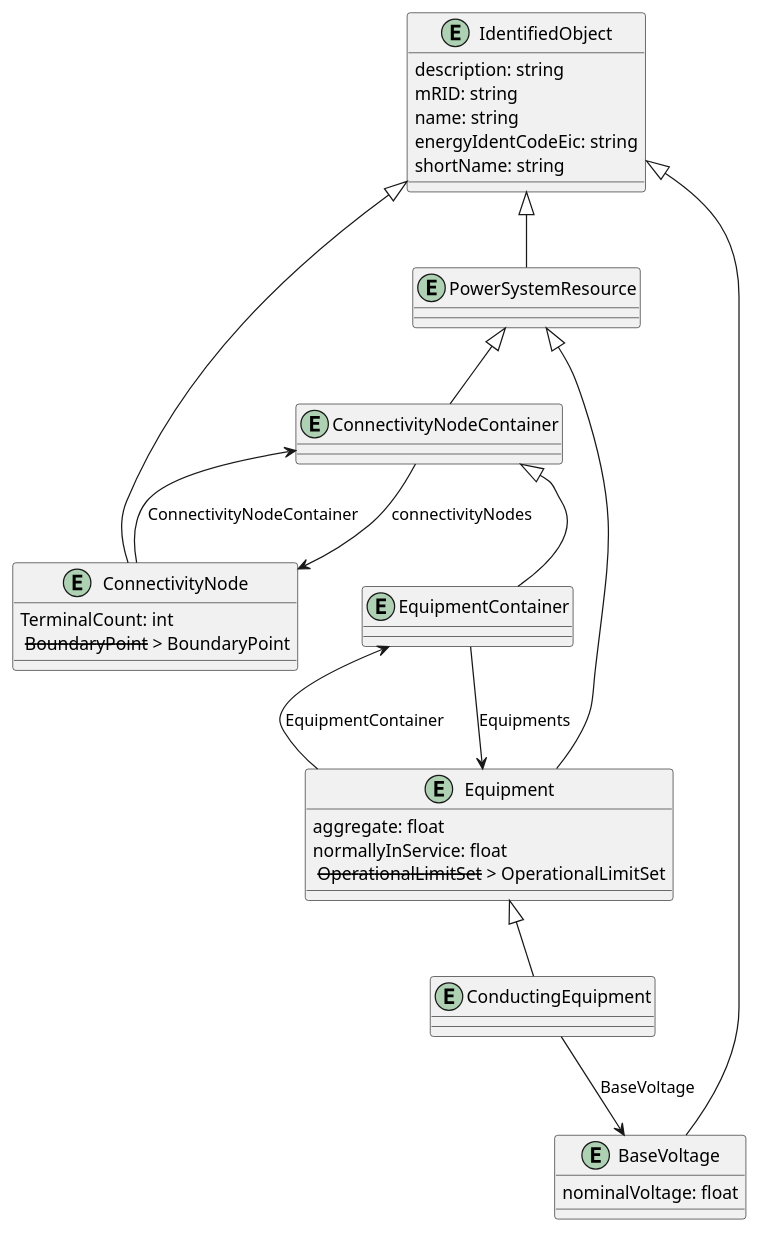
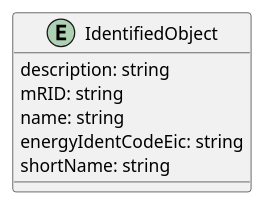
The diagram in diagrams/energy-grid/energy-grid-common.puml (HenriKCorrea/agentwin-knowledge-graph), drawn with PlantUML before and after one commit. The commit also changed 5 other files, not shown here.

Commit message:
feat: complete substation diagram; add region diagram

```diff
--- a/diagrams/energy-grid/energy-grid-common.puml
+++ b/diagrams/energy-grid/energy-grid-common.puml
@@ -1,63 +1,12 @@
 @startuml Energy Grid Common
-
 
 ' This is a root class to provide common identification for all classes needing identification and naming attributes.
 entity IdentifiedObject {
     description: string /' The description is a free human readable text describing or naming the object. It may be non unique and may not correlate to a naming hierarchy. '/
     mRID: string /' Master resource identifier issued by a model authority. The mRID is unique within an exchange context. Global uniqueness is easily achieved by using a UUID, as specified in RFC 4122, for the mRID. The use of UUID is strongly recommended. For CIMXML data files in RDF syntax conforming to IEC 61970-552, the mRID is mapped to rdf:ID or rdf:about attributes that identify CIM object elements. '/
     name: string /' The name is any free human readable and possibly non unique text naming the object. '/
     energyIdentCodeEic: string /' The attribute is used for an exchange of the EIC code (Energy identification Code). The length of the string is 16 characters as defined by the EIC code. For details on EIC scheme please refer to ENTSO-E web site. '/
     shortName: string /' The attribute is used for an exchange of a human readable short name with length of the string 12 characters maximum. '/
 }
 
-' A power system resource (PSR) can be an item of equipment such as a switch, an equipment container containing many individual items of equipment such as a substation, or an organisational entity such as sub-control area. Power system resources can have measurements associated.
-entity PowerSystemResource extends IdentifiedObject {
-}
-
-' Connectivity nodes are points where terminals of AC conducting equipment are connected together with zero impedance.
-entity ConnectivityNode extends IdentifiedObject {
-    TerminalCount: int /' The connectivity node to which this terminal connects with zero impedance. This propoerty to defined total number of terminals connected to a node. '/
-    -- BoundaryPoint --> BoundaryPoint /' The boundary point associated with this connectivity node. '/
-    ' ConnectivityNodeContainer --> ConnectivityNodeContainer /' Container of this connectivity node. '/ 
-}
-
-' A base class for all objects that may contain connectivity nodes or topological nodes.
-entity ConnectivityNodeContainer extends PowerSystemResource  {
-    ' connectivityNodes --> ConnectivityNode /' Connectivity nodes contained in this container. '/
-}
-
-' The parts of a power system that are physical devices, electronic or mechanical.
-entity Equipment extends PowerSystemResource {
-    aggregate: float /' The aggregate flag provides an alternative way of representing an aggregated (equivalent) element. It is applicable in cases when the dedicated classes for equivalent equipment do not have all of the attributes necessary to represent the required level of detail.  In case the flag is set to “true” the single instance of equipment represents multiple pieces of equipment that have been modelled together as an aggregate equivalent obtained by a network reduction procedure. Examples would be power transformers '/
-    normallyInService: float /' Specifies the availability of the equipment under normal operating conditions. True means the equipment is available for topology processing, which determines if the equipment is energized or not. False means that the equipment is treated by network applications as if it is not in the model. '/
-    ' EquipmentContainer --> EquipmentContainer /' Container of this equipment. '/
-    -- OperationalLimitSet --> OperationalLimitSet /' The operational limit sets associated with this equipment. '/
-}
-
-' A modelling construct to provide a root class for containing equipment.
-entity EquipmentContainer extends ConnectivityNodeContainer {
-    ' Equipments --> Equipment /' Contained equipment. '/
-}
-
-
-' Defines a system base voltage which is referenced.
-entity BaseVoltage extends IdentifiedObject {
-    nominalVoltage: float /' The power system resource's base voltage. Shall be a positive value and not zero. '/
-}
-
-' The parts of the AC power system that are designed to carry current or that are conductively connected through terminals.
-entity ConductingEquipment extends Equipment {
-}
-
-' EquipmentContainer "Equipments" <--> "EquipmentContainer" Equipment : contains /' Contained equipment. '/
-Equipment --> EquipmentContainer : EquipmentContainer /' Container of this equipment. '/
-
-EquipmentContainer --> Equipment : Equipments /' Contained equipment. '/
-
-ConnectivityNodeContainer --> ConnectivityNode : connectivityNodes /' Connectivity nodes contained in this container. '/
-
-ConnectivityNode --> ConnectivityNodeContainer : ConnectivityNodeContainer /' Container of this connectivity node. '/ 
-
-ConductingEquipment --> BaseVoltage : BaseVoltage /' Base voltage of this conducting equipment. Use only when there is no voltage level container used and only one base voltage applies. For example, not used for transformers. '/
-
 @enduml
```
